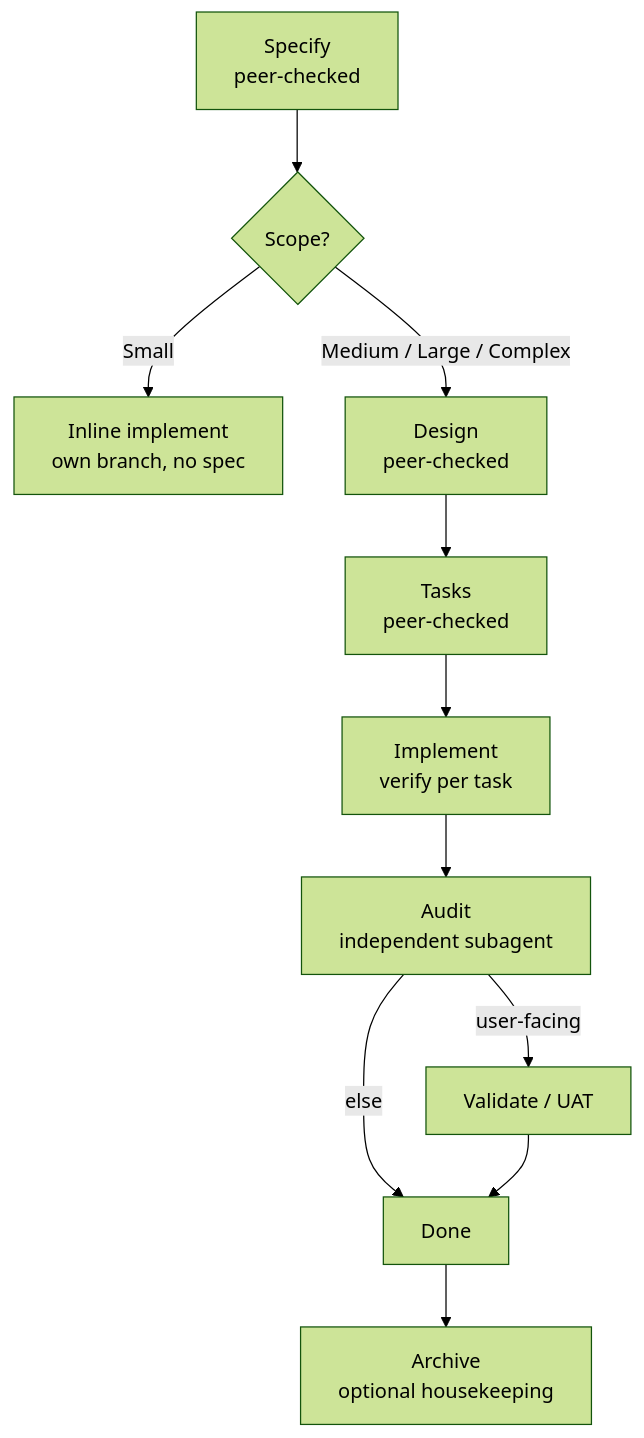
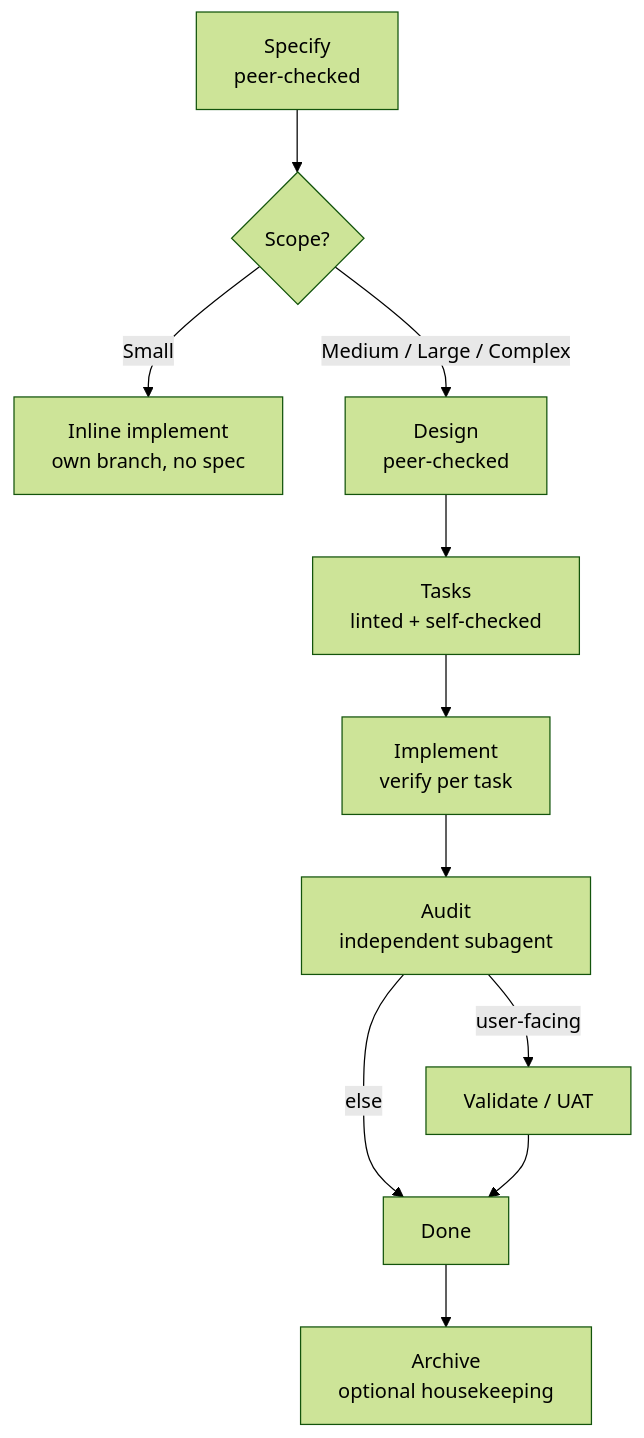
One commit to adeonir/agent-skills changed the diagram in skills/engineering/spec-driven/README.md. Above: the diagram before and after it, drawn with Mermaid (forest theme). The commit also changed other lines of this file and 3 other files, not shown here.

First line of the commit message:
refactor(spec-driven): drop the peer check on tasks.md

````diff
--- a/skills/engineering/spec-driven/README.md
+++ b/skills/engineering/spec-driven/README.md
@@ -9,13 +9,13 @@
 ```mermaid
 flowchart TD
     A[Specify<br/>peer-checked] --> B{Scope?}
     B -->|Small| S[Inline implement<br/>own branch, no spec]
     B -->|Medium / Large / Complex| D[Design<br/>peer-checked]
-    D --> T[Tasks<br/>peer-checked]
+    D --> T[Tasks<br/>linted + self-checked]
     T --> I[Implement<br/>verify per task]
     I --> AU[Audit<br/>independent subagent]
     AU -->|user-facing| V[Validate / UAT]
     AU -->|else| DN[Done]
     V --> DN
     DN --> AR[Archive<br/>optional housekeeping]
 ```
````
